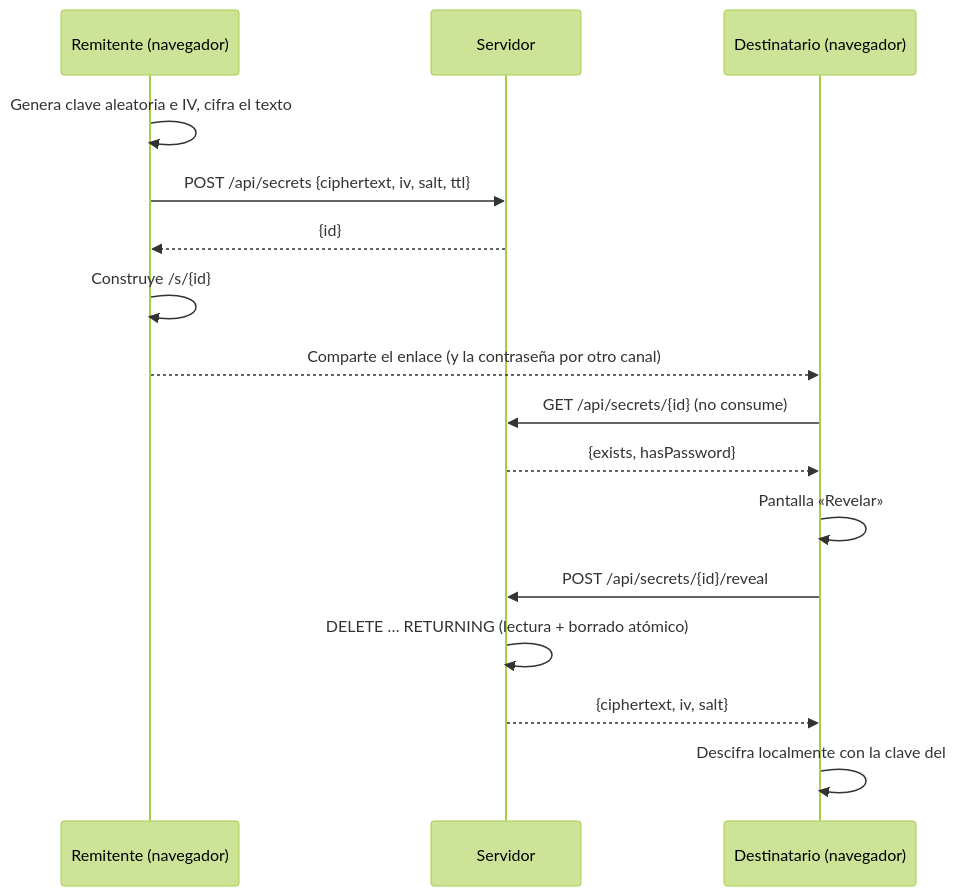
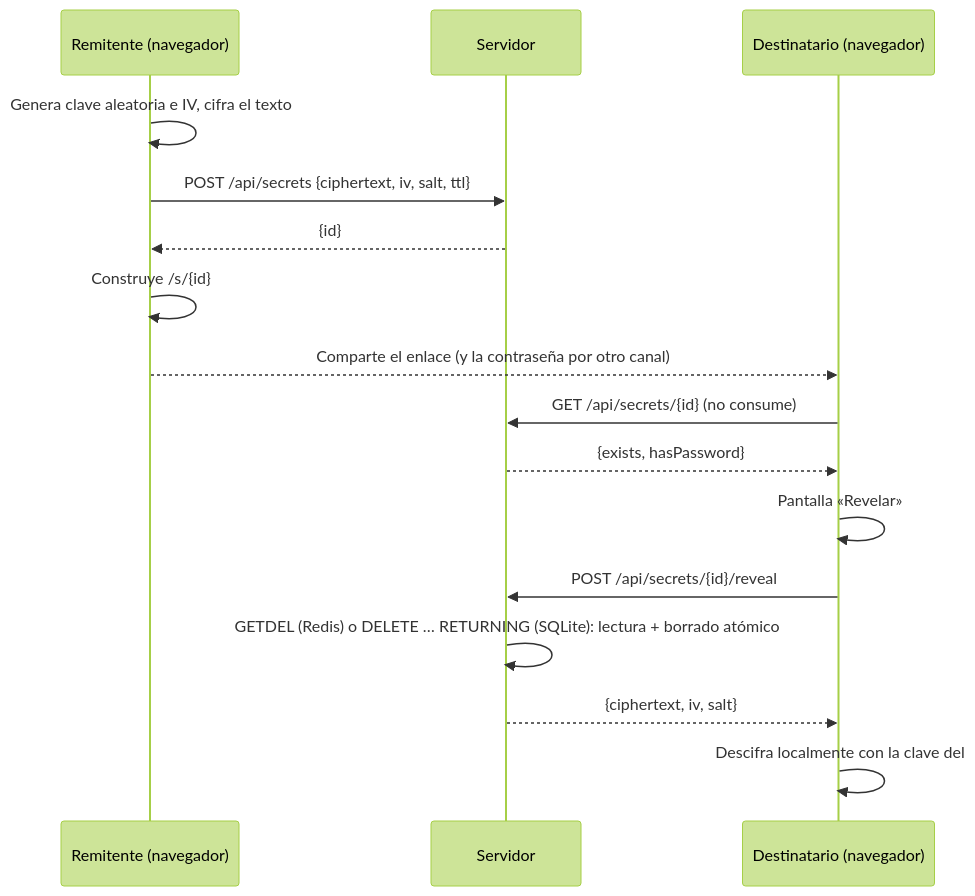
One commit to makulky/whisperlink changed the diagram in README.md. Above: the diagram before and after it, drawn with Mermaid (forest theme). The commit also changed other lines of this file and 10 other files, not shown here.

````diff
--- a/README.md
+++ b/README.md
@@ -48,19 +87,19 @@
 ```mermaid
 sequenceDiagram
     participant A as Remitente (navegador)
     participant S as Servidor
     participant B as Destinatario (navegador)
 
     A->>A: Genera clave aleatoria e IV, cifra el texto
     A->>S: POST /api/secrets {ciphertext, iv, salt, ttl}
     S-->>A: {id}
     A->>A: Construye /s/{id}#{clave}
     A-->>B: Comparte el enlace (y la contraseña por otro canal)
     B->>S: GET /api/secrets/{id} (no consume)
     S-->>B: {exists, hasPassword}
     B->>B: Pantalla «Revelar»
     B->>S: POST /api/secrets/{id}/reveal
-    S->>S: DELETE … RETURNING (lectura + borrado atómico)
+    S->>S: GETDEL (Redis) o DELETE … RETURNING (SQLite): lectura + borrado atómico
     S-->>B: {ciphertext, iv, salt}
     B->>B: Descifra localmente con la clave del #fragmento
 ```
````
